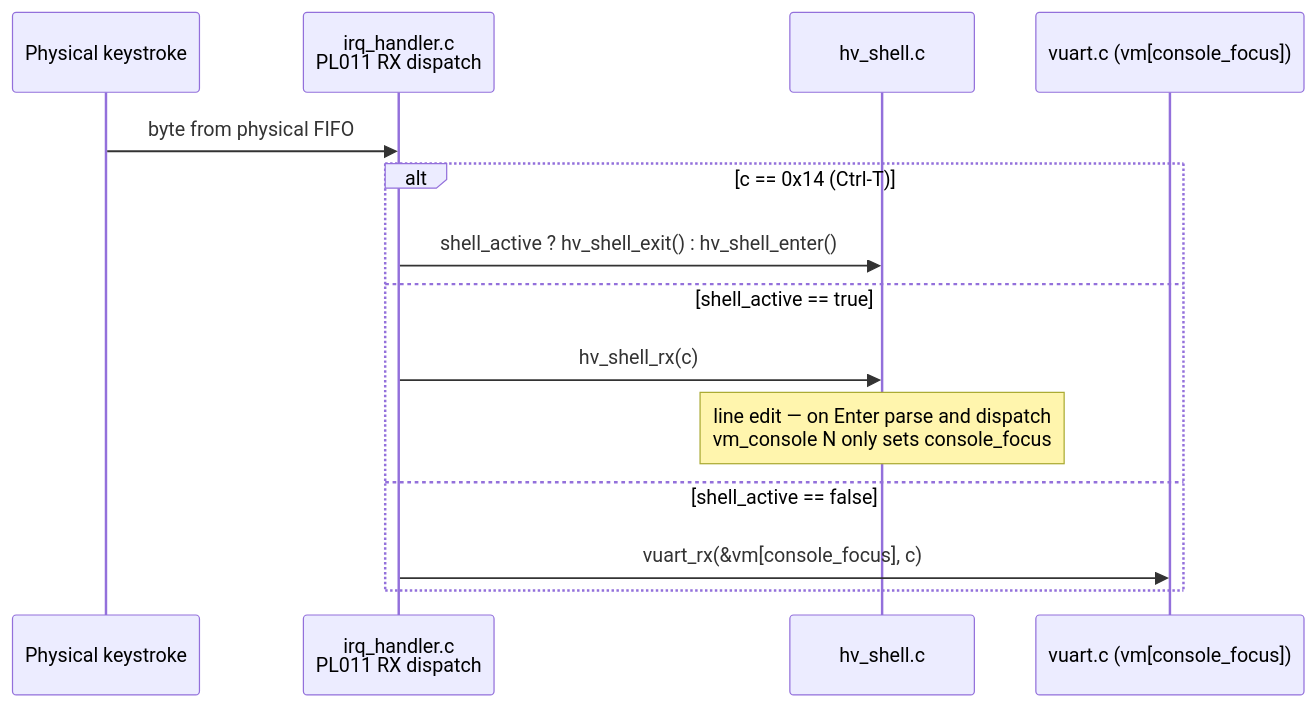
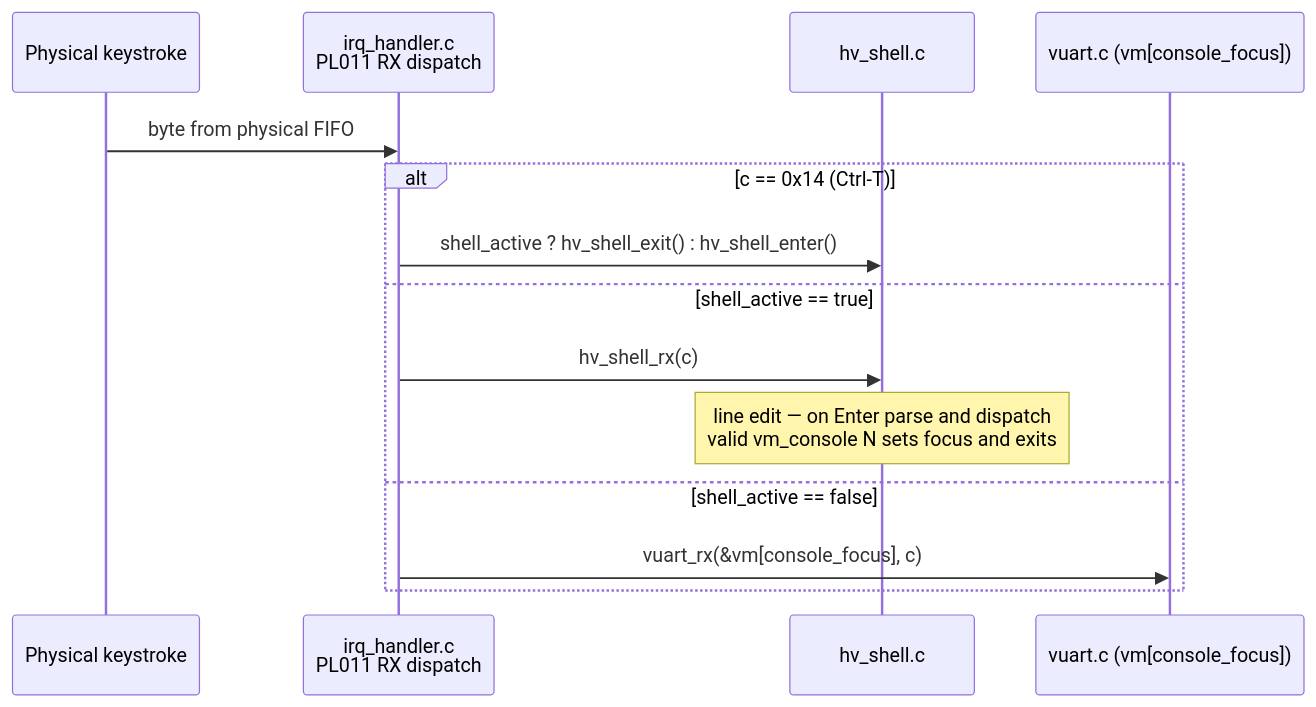
Before and after one commit to James7zy/hypervisor: the diagram in docs/superpowers/specs/2026-07-21-hv-shell-design.md, drawn with Mermaid. The commit also changed other lines of this file and 5 other files, not shown here.

````diff
--- a/docs/superpowers/specs/2026-07-21-hv-shell-design.md
+++ b/docs/superpowers/specs/2026-07-21-hv-shell-design.md
@@ -47,17 +48,17 @@
 ```mermaid
 sequenceDiagram
     participant U as Physical keystroke
     participant IH as irq_handler.c<br/>PL011 RX dispatch
     participant SH as hv_shell.c
     participant VU as vuart.c (vm[console_focus])
 
     U->>IH: byte from physical FIFO
     alt c == 0x14 (Ctrl-T)
         IH->>SH: shell_active ? hv_shell_exit() : hv_shell_enter()
     else shell_active == true
         IH->>SH: hv_shell_rx(c)
-        Note over SH: line edit — on Enter parse and dispatch<br/>vm_console N only sets console_focus
+        Note over SH: line edit — on Enter parse and dispatch<br/>valid vm_console N sets focus and exits
     else shell_active == false
         IH->>VU: vuart_rx(&vm[console_focus], c)
     end
 ```
````
